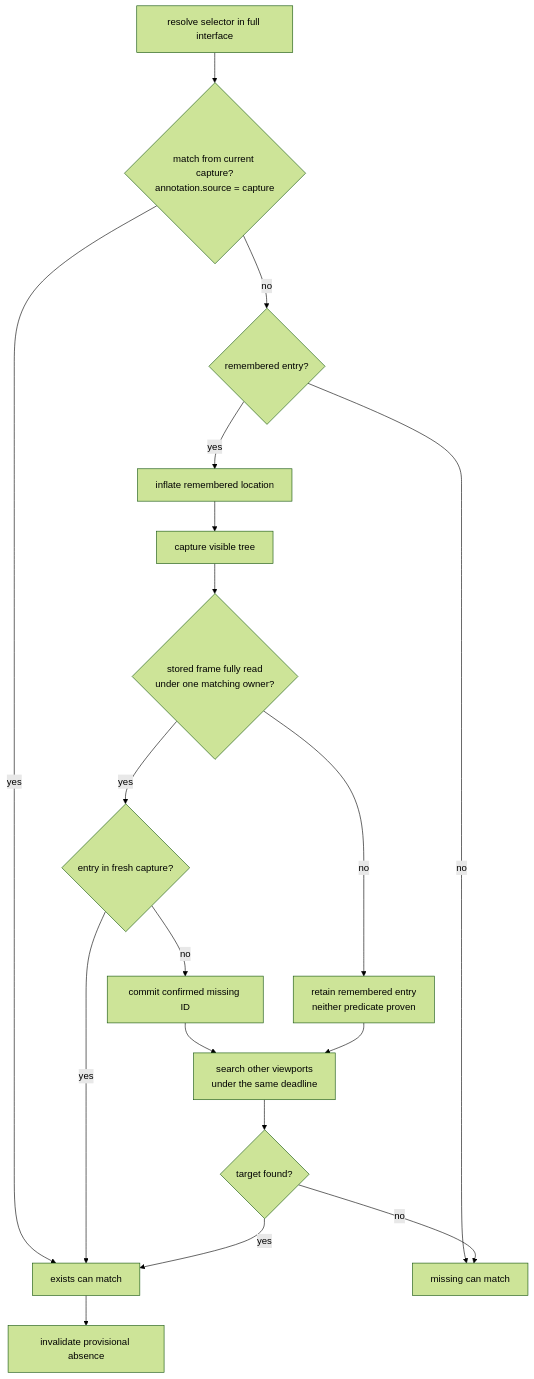
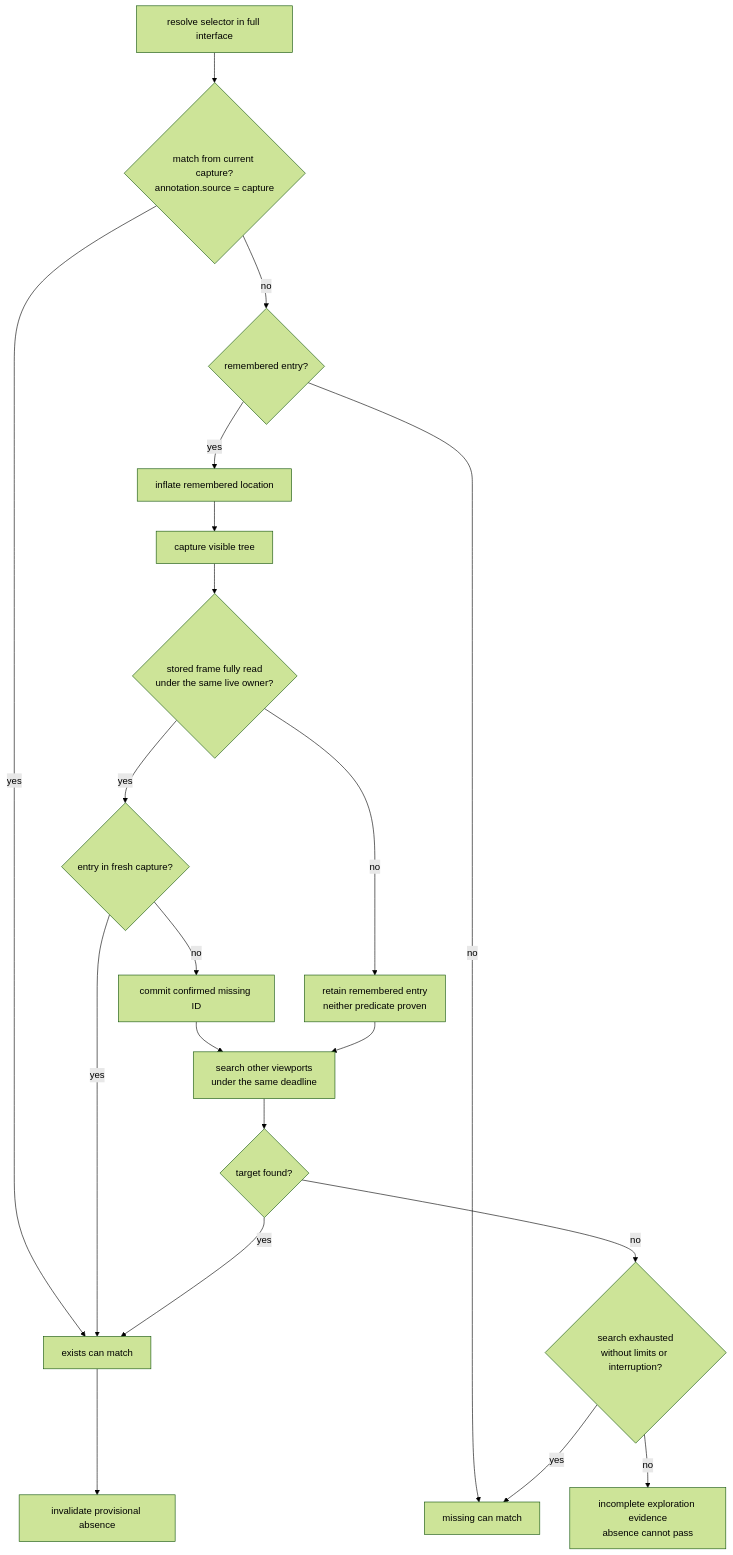
The second of 2 diagrams in docs/diagrams/element-inflation.md (TheButtonHeist/TheButtonHeist), drawn with Mermaid (forest theme) before and after one commit. The commit also changed other lines of this file and 30 other files, not shown here.

Commit message:
Preserve search coverage when proving target absence

````diff
--- a/docs/diagrams/element-inflation.md
+++ b/docs/diagrams/element-inflation.md
@@ -56,20 +56,22 @@
 ```mermaid
 flowchart TD
     RESOLVE["resolve selector in full interface"] --> VISIBLE{"match from current capture?<br/>annotation.source = capture"}
     VISIBLE -- "yes" --> PRESENT["exists can match"]
     VISIBLE -- "no" --> KNOWN{"remembered entry?"}
     KNOWN -- "no" --> ABSENT["missing can match"]
     KNOWN -- "yes" --> INFLATE["inflate remembered location"]
     INFLATE --> CAPTURE["capture visible tree"]
-    CAPTURE --> COVERED{"stored frame fully read<br/>under one matching owner?"}
+    CAPTURE --> COVERED{"stored frame fully read<br/>under the same live owner?"}
     COVERED -- "no" --> UNKNOWN["retain remembered entry<br/>neither predicate proven"]
     COVERED -- "yes" --> SEEN{"entry in fresh capture?"}
     SEEN -- "yes" --> PRESENT
     SEEN -- "no" --> REMOVE["commit confirmed missing ID"]
     REMOVE --> SEARCH["search other viewports<br/>under the same deadline"]
     UNKNOWN --> SEARCH
     SEARCH --> FOUND{"target found?"}
     FOUND -- "yes" --> PRESENT
-    FOUND -- "no" --> ABSENT
+    FOUND -- "no" --> COMPLETE{"search exhausted<br/>without limits or interruption?"}
+    COMPLETE -- "yes" --> ABSENT
+    COMPLETE -- "no" --> LIMITED["incomplete exploration evidence<br/>absence cannot pass"]
     PRESENT --> INVALIDATE["invalidate provisional absence"]
 ```
````
